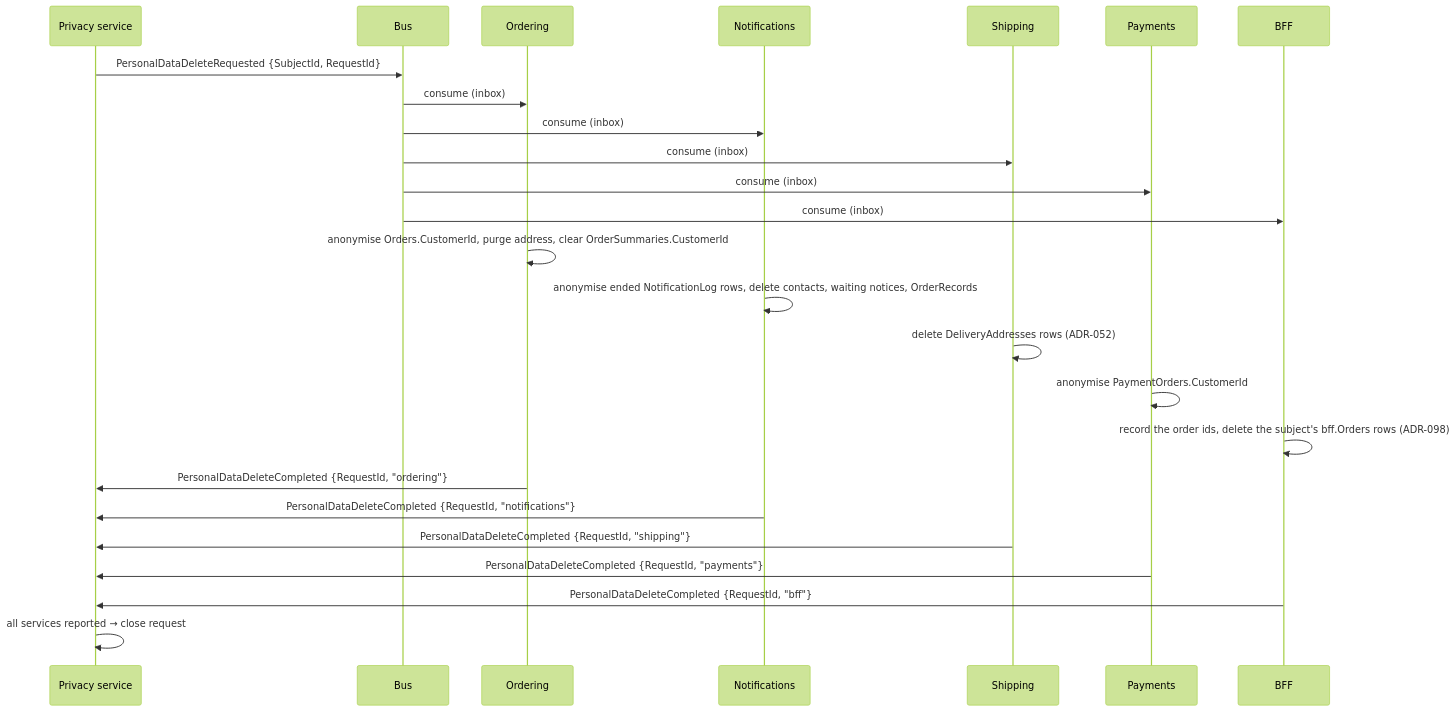
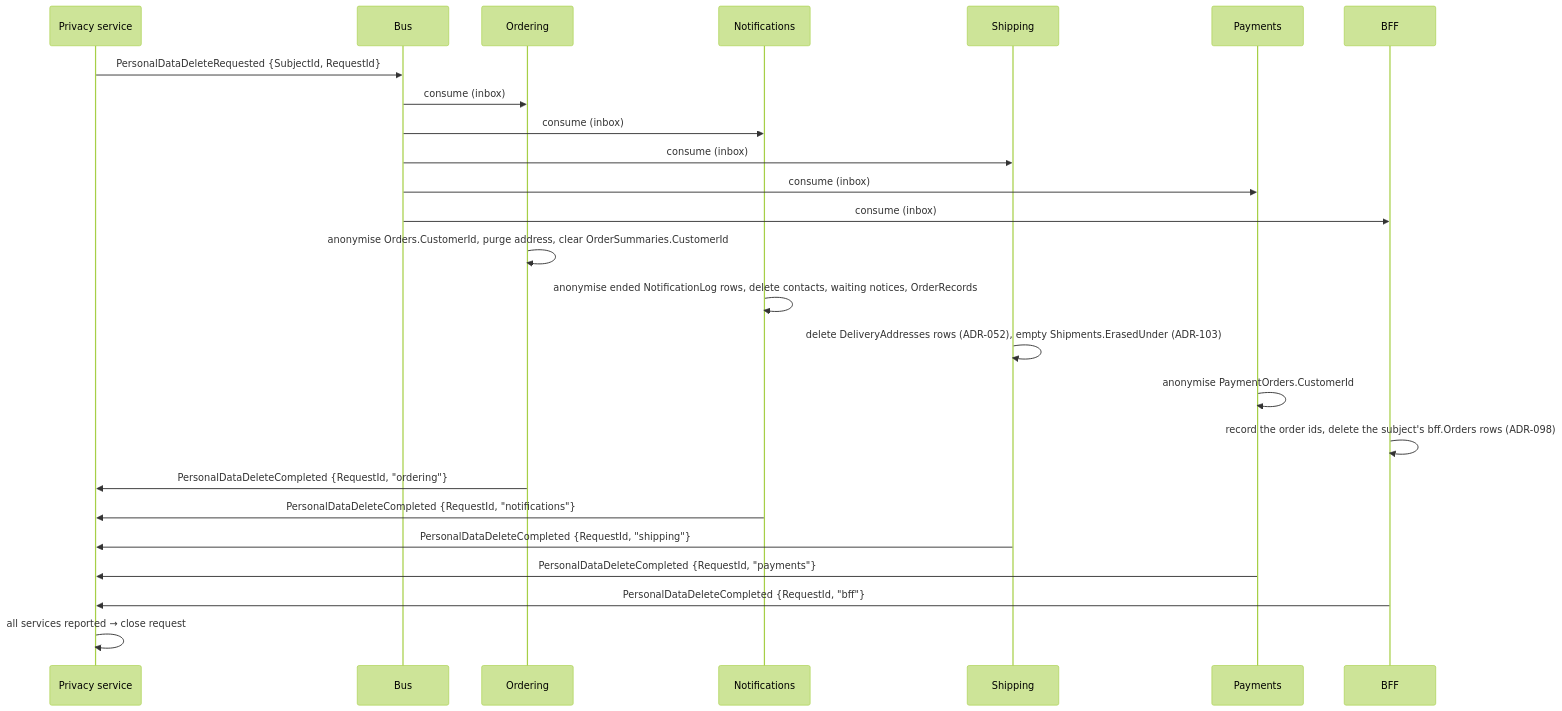
The second of 2 diagrams in docs/backend-architecture/11-identity-authorization.md (alexander-shamray/blueprint-backend), drawn with Mermaid (forest theme) before and after one commit. The commit also changed other lines of this file, not shown here.

````diff
--- a/docs/backend-architecture/11-identity-authorization.md
+++ b/docs/backend-architecture/11-identity-authorization.md
@@ -1422,28 +1422,28 @@
 ```mermaid
 sequenceDiagram
     participant P as Privacy service
     participant B as Bus
     participant O as Ordering
     participant N as Notifications
     participant S as Shipping
     participant Y as Payments
     participant F as BFF
 
     P->>B: PersonalDataDeleteRequested {SubjectId, RequestId}
     B->>O: consume (inbox)
     B->>N: consume (inbox)
     B->>S: consume (inbox)
     B->>Y: consume (inbox)
     B->>F: consume (inbox)
     O->>O: anonymise Orders.CustomerId, purge address, clear OrderSummaries.CustomerId
     N->>N: anonymise ended NotificationLog rows, delete contacts, waiting notices, OrderRecords
-    S->>S: delete DeliveryAddresses rows (ADR-052)
+    S->>S: delete DeliveryAddresses rows (ADR-052), empty Shipments.ErasedUnder (ADR-103)
     Y->>Y: anonymise PaymentOrders.CustomerId
     F->>F: record the order ids, delete the subject's bff.Orders rows (ADR-098)
     O->>P: PersonalDataDeleteCompleted {RequestId, "ordering"}
     N->>P: PersonalDataDeleteCompleted {RequestId, "notifications"}
     S->>P: PersonalDataDeleteCompleted {RequestId, "shipping"}
     Y->>P: PersonalDataDeleteCompleted {RequestId, "payments"}
     F->>P: PersonalDataDeleteCompleted {RequestId, "bff"}
     P->>P: all services reported → close request
 ```
````
